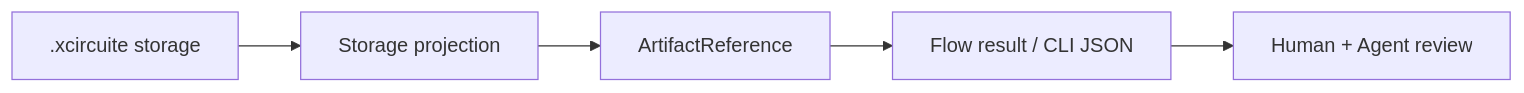
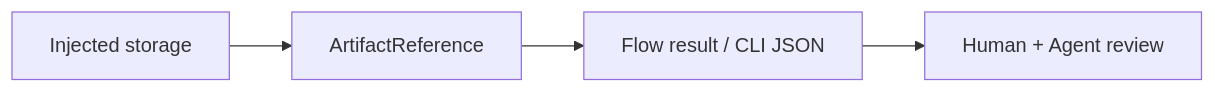
The second of 2 diagrams in README.md (1amageek/DesignFlowKernel), drawn with Mermaid before and after one commit. The commit also changed other lines of this file and 74 other files, not shown here.

Commit message:
Separate flow lifecycle from workspace storage

````diff
--- a/README.md
+++ b/README.md
@@ -36,7 +35,6 @@
 ```mermaid
 flowchart LR
-    Store[".xcircuite storage"] --> Projection["Storage projection"]
-    Projection --> Canonical["ArtifactReference"]
+    Store["Injected storage"] --> Canonical["ArtifactReference"]
     Canonical --> Result["Flow result / CLI JSON"]
     Result --> Review["Human + Agent review"]
 ```
````
